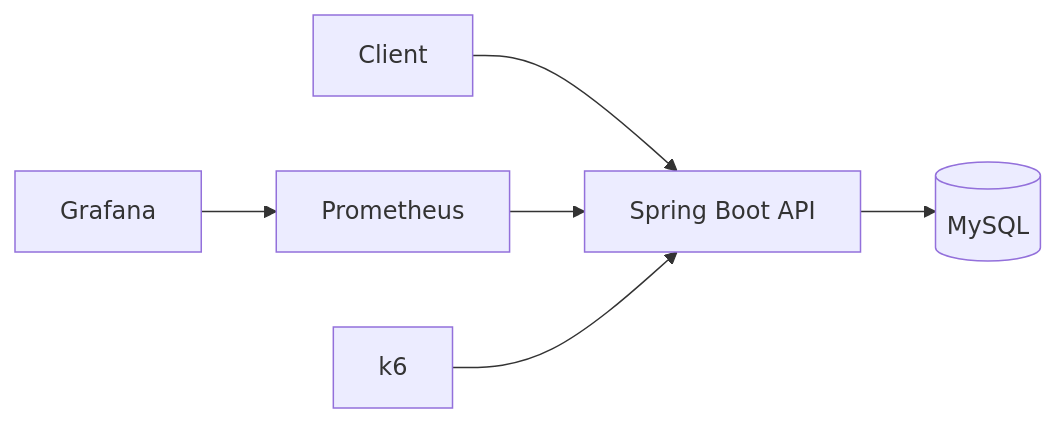
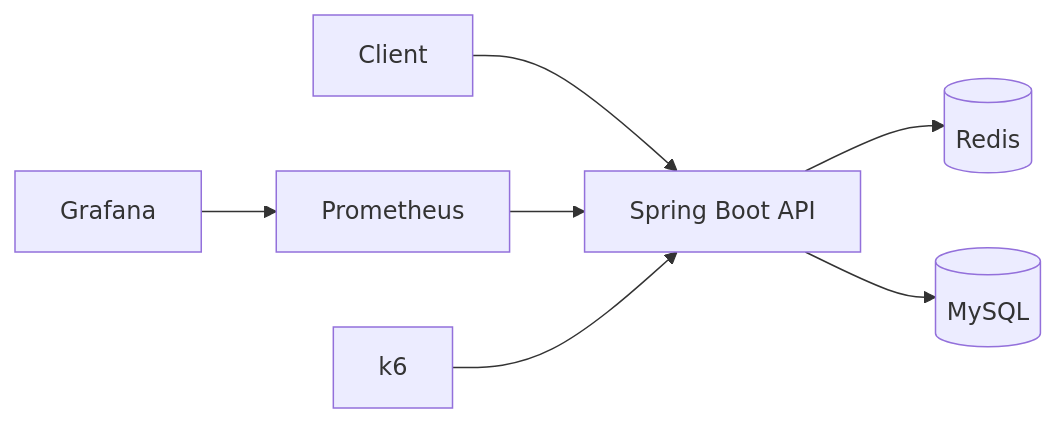
Before and after one commit to Backend-System-Design-Lab/01-URL-Shortener: the first of 2 diagrams in docs/03-architecture.md, drawn with Mermaid. The commit also changed other lines of this file and 17 other files, not shown here.

````diff
--- a/docs/03-architecture.md
+++ b/docs/03-architecture.md
@@ -14,15 +14,17 @@
 ```mermaid
 flowchart LR
     Client[Client]
     API[Spring Boot API]
+    Redis[(Redis)]
     DB[(MySQL)]
-    Metrics[Prometheus]
-    Dashboard[Grafana]
-    LoadTest[k6]
+    Prometheus[Prometheus]
+    Grafana[Grafana]
+    k6[k6]
 
     Client --> API
+    API --> Redis
     API --> DB
-    Metrics --> API
-    Dashboard --> Metrics
-    LoadTest --> API
+    Prometheus --> API
+    Grafana --> Prometheus
+    k6 --> API
 ```
````
